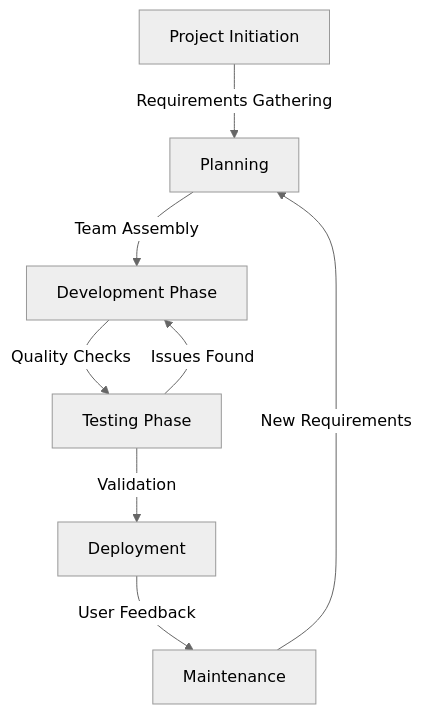
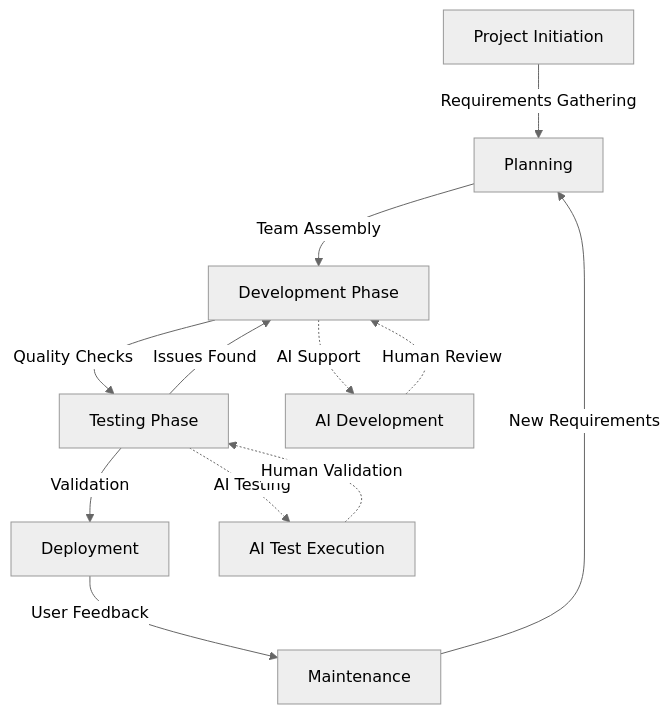
The diagram in SuperPrompt/software-project-manager-system-prompt.md (pkuppens/my_chat_gpt), drawn with Mermaid (neutral theme) before and after one commit. The commit also changed other lines of this file, not shown here.

Commit message:
Update of project manager for solo dev and game development

````diff
--- a/SuperPrompt/software-project-manager-system-prompt.md
+++ b/SuperPrompt/software-project-manager-system-prompt.md
@@ -101,12 +125,18 @@
 ```mermaid
 graph TD;
   A[Project Initiation] -->|Requirements Gathering| B[Planning]
   B -->|Team Assembly| C[Development Phase]
   C -->|Quality Checks| D[Testing Phase]
   D -->|Validation| E[Deployment]
   E -->|User Feedback| F[Maintenance]
   
   %% Feedback loops
   D -->|Issues Found| C
   F -->|New Requirements| B
+  
+  %% Human-AI collaboration points
+  C -.->|AI Support| G[AI Development]
+  G -.->|Human Review| C
+  D -.->|AI Testing| H[AI Test Execution]
+  H -.->|Human Validation| D
 ```
````
